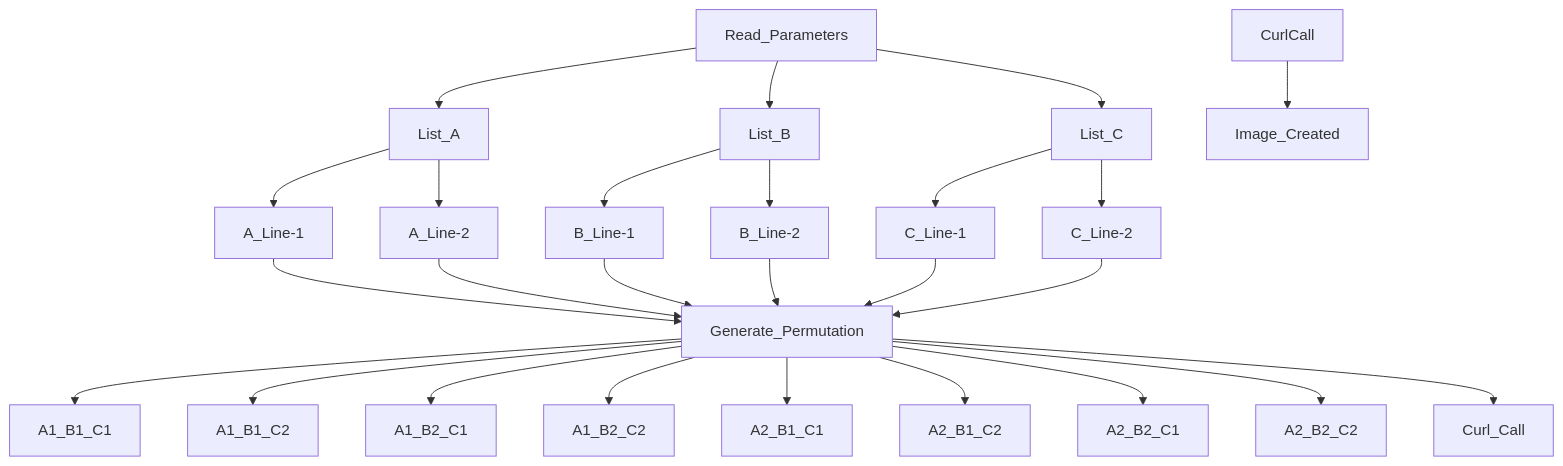
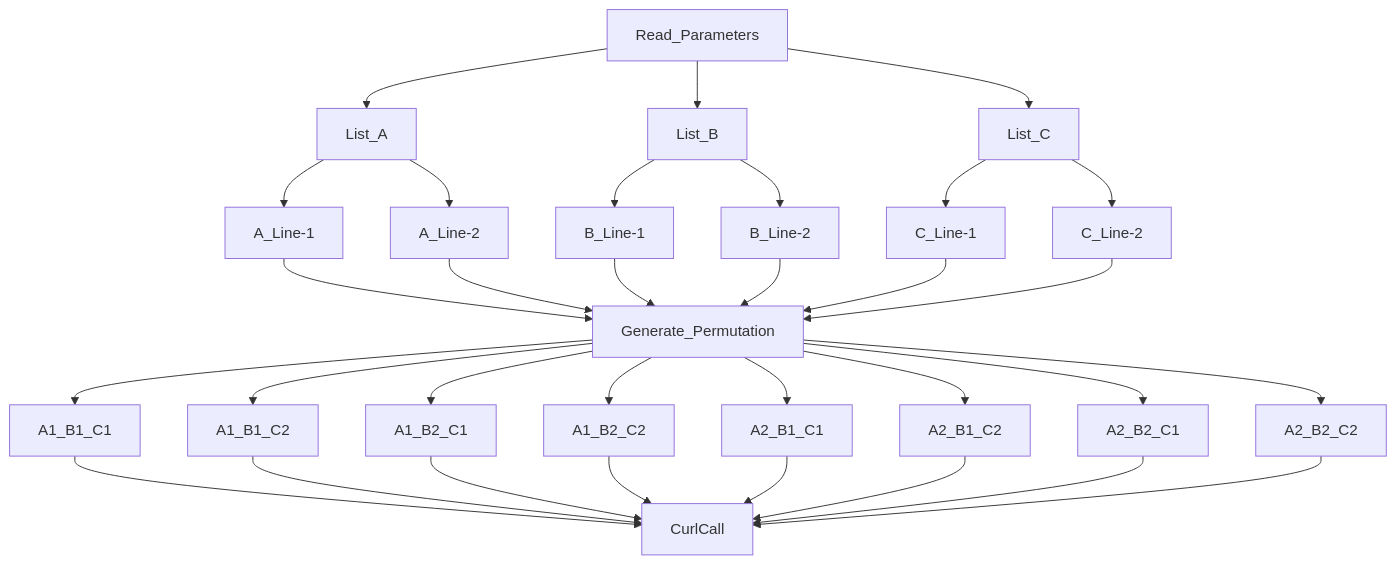
One commit to daedon/Fooocus-API-XYZ changed the diagram in README.md. Above: the diagram before and after it, drawn with Mermaid. The commit also changed other lines of this file, not shown here.

````diff
--- a/README.md
+++ b/README.md
@@ -144,33 +144,39 @@
 ```mermaid
 graph TD;
     Read_Parameters-->List_A;
     Read_Parameters-->List_B;
     Read_Parameters-->List_C;
     List_A-->A_Line-1;
     List_A-->A_Line-2;
     List_B-->B_Line-1;
     List_B-->B_Line-2;
     List_C-->C_Line-1;
     List_C-->C_Line-2;
 
     A_Line-1-->Generate_Permutation;
     A_Line-2-->Generate_Permutation;
     B_Line-1-->Generate_Permutation;
     B_Line-2-->Generate_Permutation;
     C_Line-1-->Generate_Permutation;
     C_Line-2-->Generate_Permutation;
 
-    Generate_Permutation-->A1_B1_C1
-    Generate_Permutation-->A1_B1_C2
-    Generate_Permutation-->A1_B2_C1
-    Generate_Permutation-->A1_B2_C2
-    Generate_Permutation-->A2_B1_C1
-    Generate_Permutation-->A2_B1_C2
-    Generate_Permutation-->A2_B2_C1
-    Generate_Permutation-->A2_B2_C2
+    Generate_Permutation-->A1_B1_C1;
+    Generate_Permutation-->A1_B1_C2;
+    Generate_Permutation-->A1_B2_C1;
+    Generate_Permutation-->A1_B2_C2;
+    Generate_Permutation-->A2_B1_C1;
+    Generate_Permutation-->A2_B1_C2;
+    Generate_Permutation-->A2_B2_C1;
+    Generate_Permutation-->A2_B2_C2;
 
-    Generate_Permutation-->Curl_Call;
-    CurlCall-->Image_Created;
+    A1_B1_C1-->CurlCall;
+    A1_B1_C2-->CurlCall;
+    A1_B2_C1-->CurlCall;
+    A1_B2_C2-->CurlCall;
+    A2_B1_C1-->CurlCall;
+    A2_B1_C2-->CurlCall;
+    A2_B2_C1-->CurlCall;
+    A2_B2_C2-->CurlCall;
 
 
 ```
````
